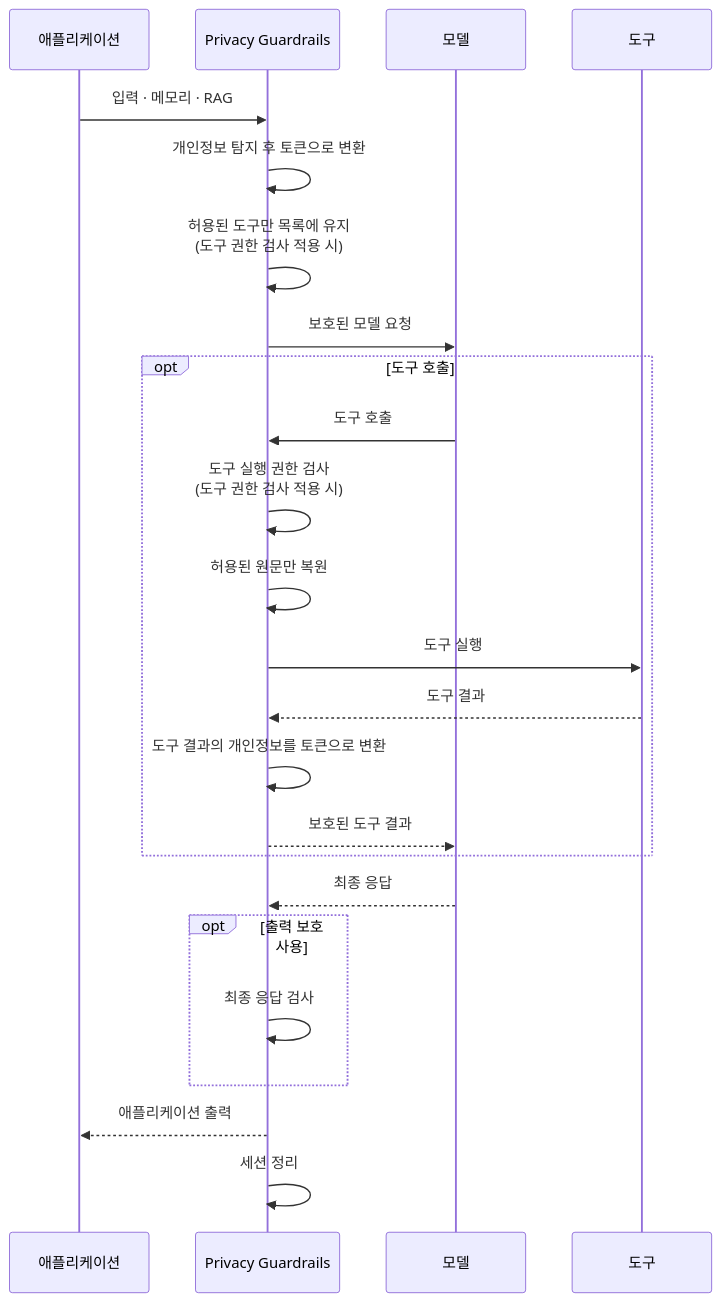
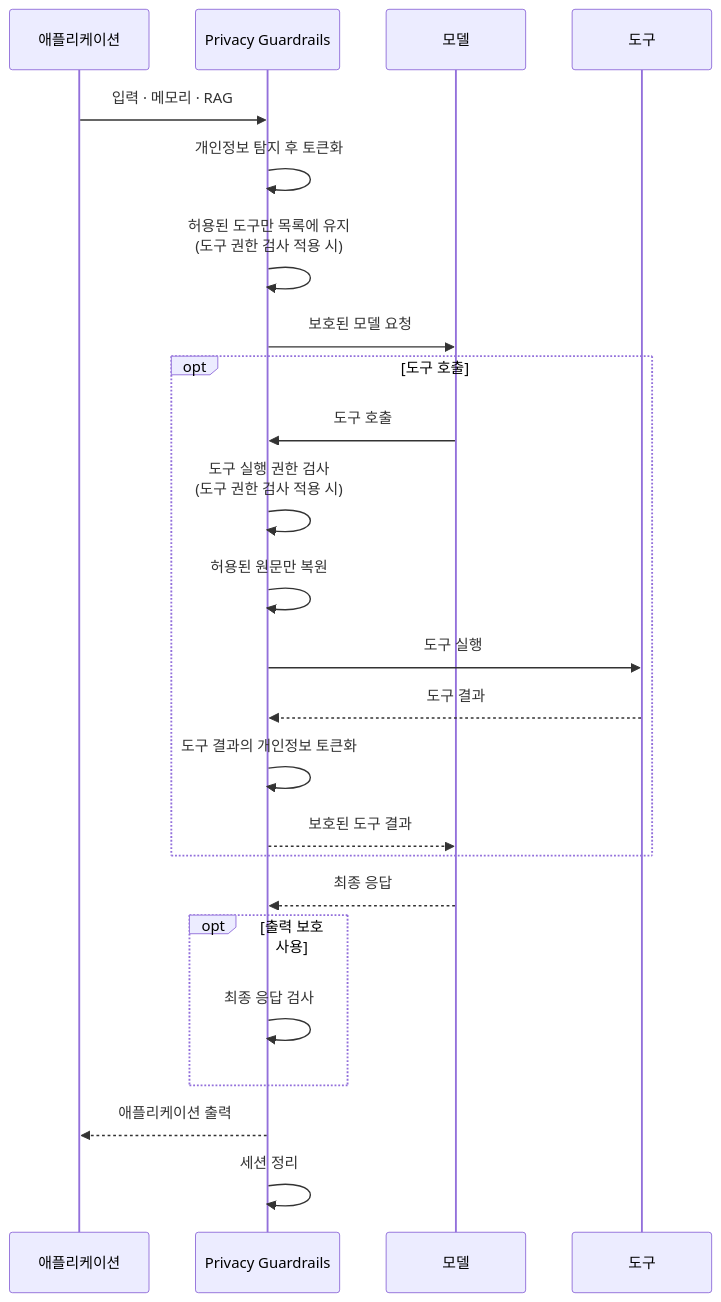
The third of 4 diagrams in docs/ko/architecture.md (ultramancode/spring-ai-privacy-guardrails), drawn with Mermaid before and after one commit. The commit also changed other lines of this file and 33 other files, not shown here.

````diff
--- a/docs/ko/architecture.md
+++ b/docs/ko/architecture.md
@@ -145,35 +147,35 @@
 ```mermaid
 sequenceDiagram
     participant A as 애플리케이션
     participant P as Privacy Guardrails
     participant M as 모델
     participant T as 도구
 
     A->>P: 입력 · 메모리 · RAG
-    P->>P: 개인정보 탐지 후 토큰으로 변환
+    P->>P: 개인정보 탐지 후 토큰화
 
     P->>P: 허용된 도구만 목록에 유지<br/>(도구 권한 검사 적용 시)
 
     P->>M: 보호된 모델 요청
 
     opt 도구 호출
         M->>P: 도구 호출
 
         P->>P: 도구 실행 권한 검사<br/>(도구 권한 검사 적용 시)
 
         P->>P: 허용된 원문만 복원
         P->>T: 도구 실행
         T-->>P: 도구 결과
-        P->>P: 도구 결과의 개인정보를 토큰으로 변환
+        P->>P: 도구 결과의 개인정보 토큰화
         P-->>M: 보호된 도구 결과
     end
 
     M-->>P: 최종 응답
 
     opt 출력 보호 사용
         P->>P: 최종 응답 검사
     end
 
     P-->>A: 애플리케이션 출력
     P->>P: 세션 정리
 ```
````
